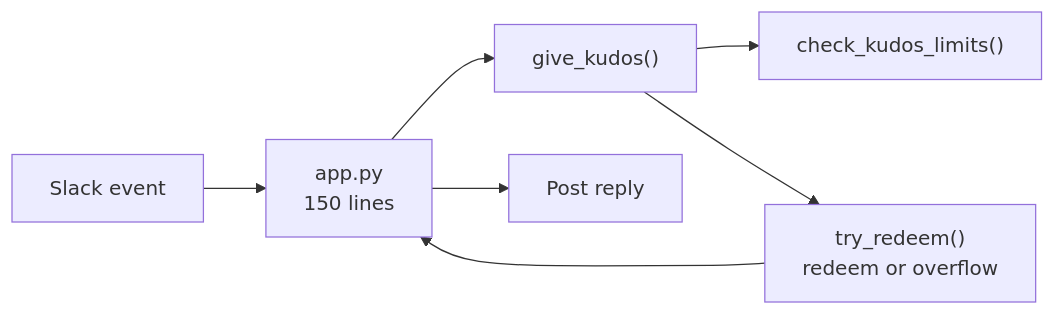
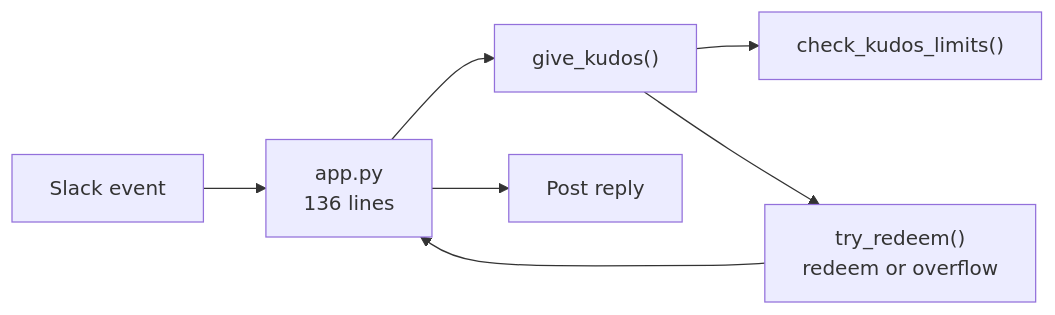
Before and after one commit to samanklesaria/kudos-bot: the fourth of 5 diagrams in presentation/slideshow.md, drawn with Mermaid. The commit also changed other lines of this file and 11 other files, not shown here.

````diff
--- a/presentation/slideshow.md
+++ b/presentation/slideshow.md
@@ -73,9 +73,9 @@
 ```mermaid
 graph LR
-    S["Slack event"] --> A["app.py<br>150 lines"]
+    S["Slack event"] --> A["app.py<br>136 lines"]
     A --> GK["give_kudos()"]
     GK --> CL["check_kudos_limits()"]
     GK --> TR["try_redeem()<br>redeem or overflow"]
     TR --> A
     A --> Reply["Post reply"]
 ```
````
